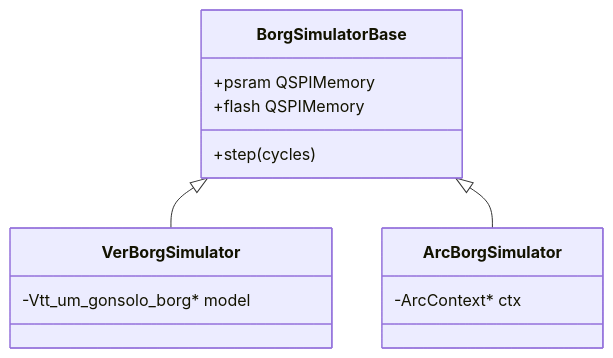
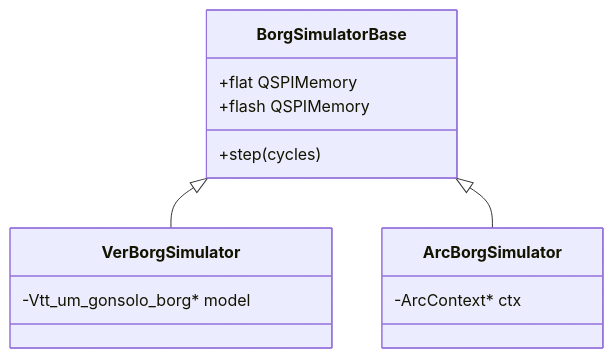
Before and after one commit to gonsolo/Borg: the diagram in docs/06_simulation.md, drawn with Mermaid. The commit also changed other lines of this file and 12 other files, not shown here.

````diff
--- a/docs/06_simulation.md
+++ b/docs/06_simulation.md
@@ -9,10 +9,10 @@
 ```mermaid
 classDiagram
     BorgSimulatorBase <|-- VerBorgSimulator
     BorgSimulatorBase <|-- ArcBorgSimulator
-    BorgSimulatorBase : +psram QSPIMemory
+    BorgSimulatorBase : +flat QSPIMemory
     BorgSimulatorBase : +flash QSPIMemory
     BorgSimulatorBase : +step(cycles)
     VerBorgSimulator : -Vtt_um_gonsolo_borg* model
     ArcBorgSimulator : -ArcContext* ctx
 ```
````
